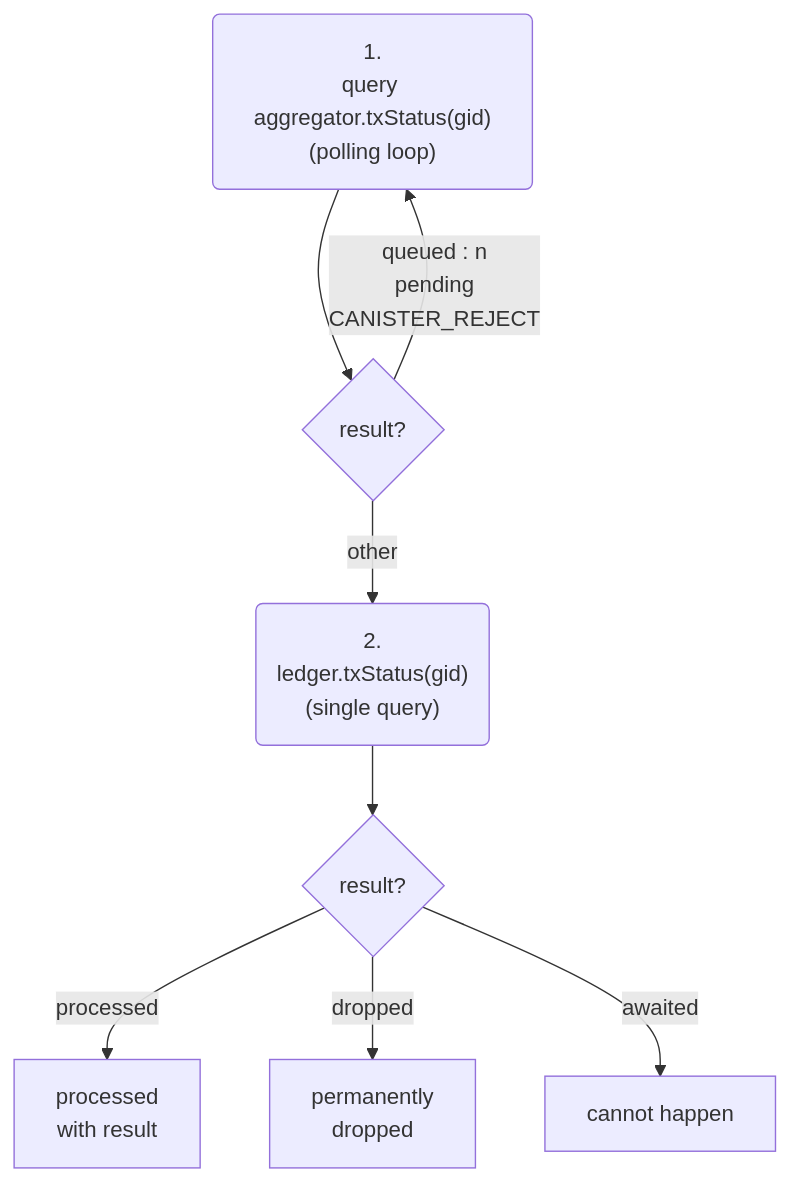
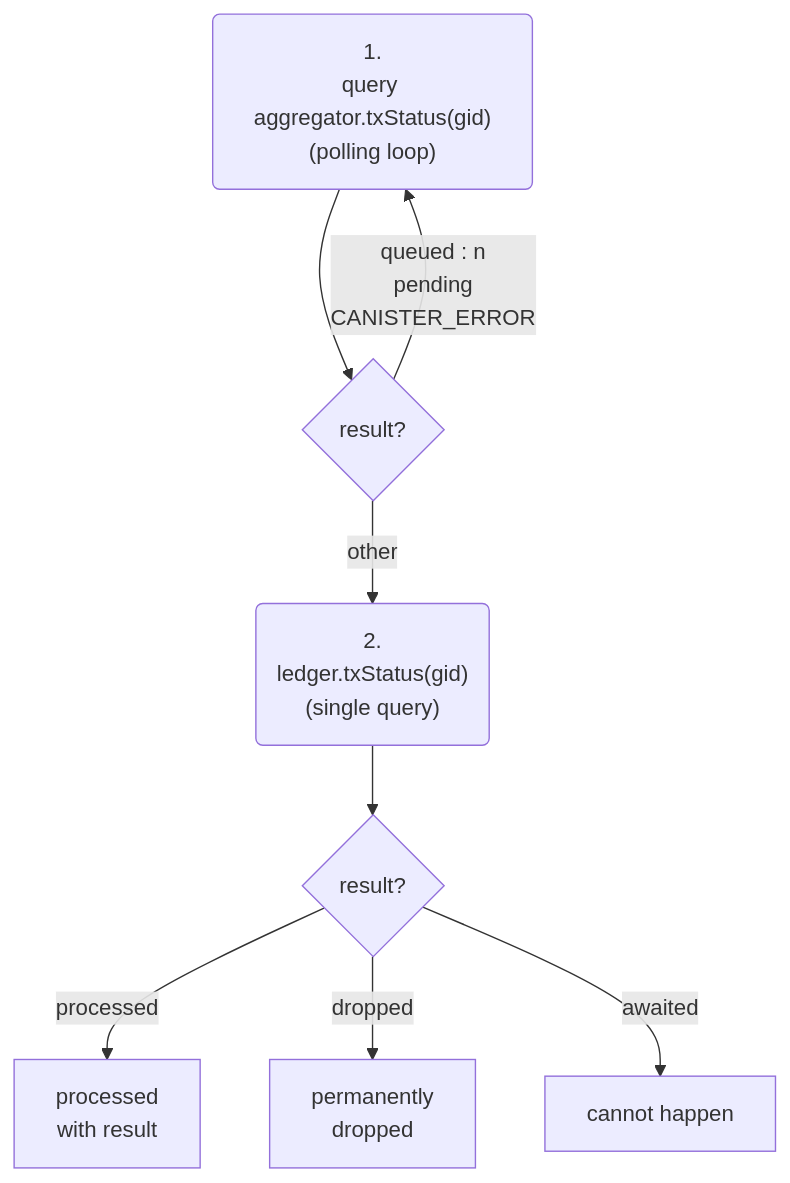
One commit to research-ag/hpl-io changed the fourth of 6 diagrams in README.md. Above: the diagram before and after it, drawn with Mermaid. The commit also changed other lines of this file and 5 other files, not shown here.

````diff
--- a/README.md
+++ b/README.md
@@ -316,16 +327,16 @@
 ```mermaid
 flowchart TD
     A("1.<br>query aggregator.txStatus(gid)<br>(polling loop)")
 
     %% Aggregator unbounded loop %%
     A --> R{result?}
-    R -->|queued : n<br>pending<br>CANISTER_REJECT| A 
+    R -->|queued : n<br>pending<br>CANISTER_ERROR| A 
     R -->|other| L
 
     %% Ledger single query %%
     L("2.<br>ledger.txStatus(gid)<br>(single query)")
     L --> R2{result?}
     R2 --> |processed| PF2[processed<br>with result]
     R2 -->|dropped| D2["permanently<br>dropped"]
     R2 -->|awaited| X["cannot happen"]
 ```
````
